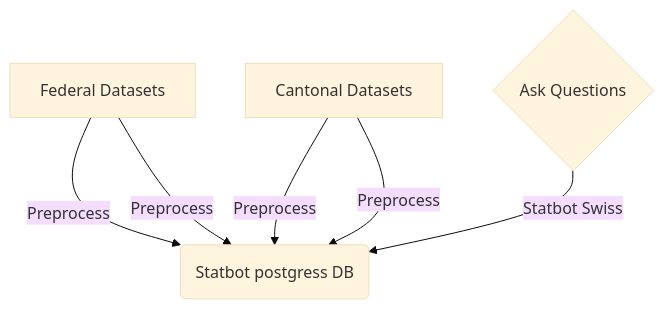
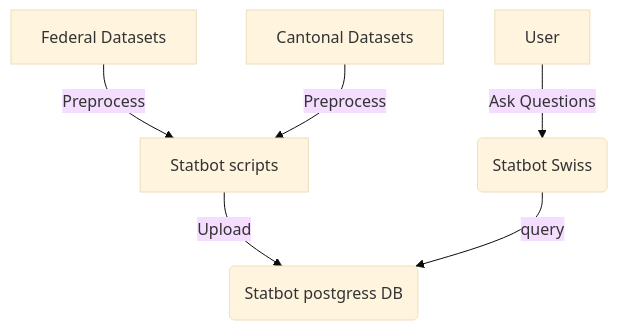
One commit to statistikZH/statbotData changed the first of 3 diagrams in README.md. Above: the diagram before and after it, drawn with Mermaid (base theme).

Commit message:
docs(README.md): improve flowchart for project

````diff
--- a/README.md
+++ b/README.md
@@ -14,8 +14,8 @@
 ```mermaid
- flowchart TD
-    C[Federal Datasets] -->|Preprocess| B(Statbot postgress DB)
-    A[Cantonal Datasets] -->|Preprocess| B(Statbot postgress DB)
-    A[Cantonal Datasets] -->|Preprocess| B(Statbot postgress DB)
-    C[Federal Datasets] -->|Preprocess| B(Statbot postgress DB)
-    D{Ask Questions} -->|Statbot Swiss| B(Statbot postgress DB)
+flowchart TD
+    Fed[Federal Datasets] -->|Preprocess| Scripts[Statbot scripts]
+    Scripts -->|Upload| DB(Statbot postgress DB)
+    Can[Cantonal Datasets] -->|Preprocess| Scripts
+    User -->|Ask Questions| Chatbot(Statbot Swiss)
+    Chatbot -->|query| DB(Statbot postgress DB)
 ```
````
